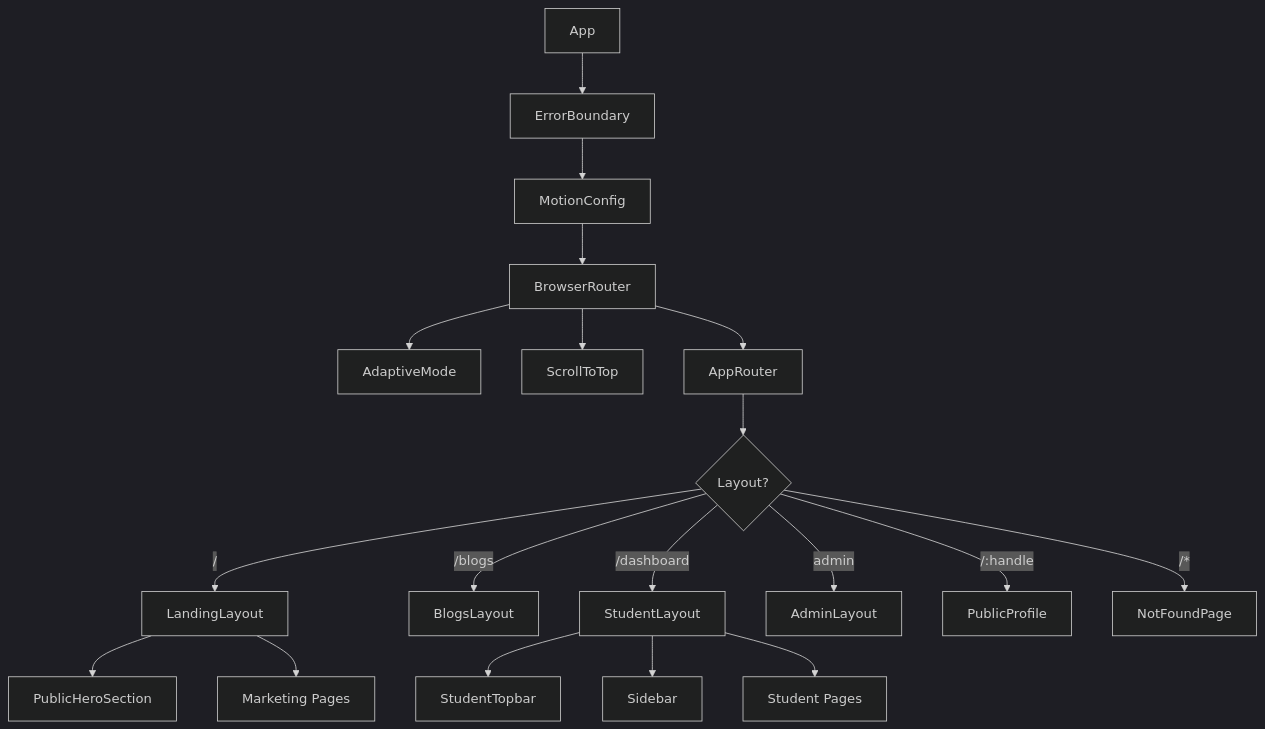
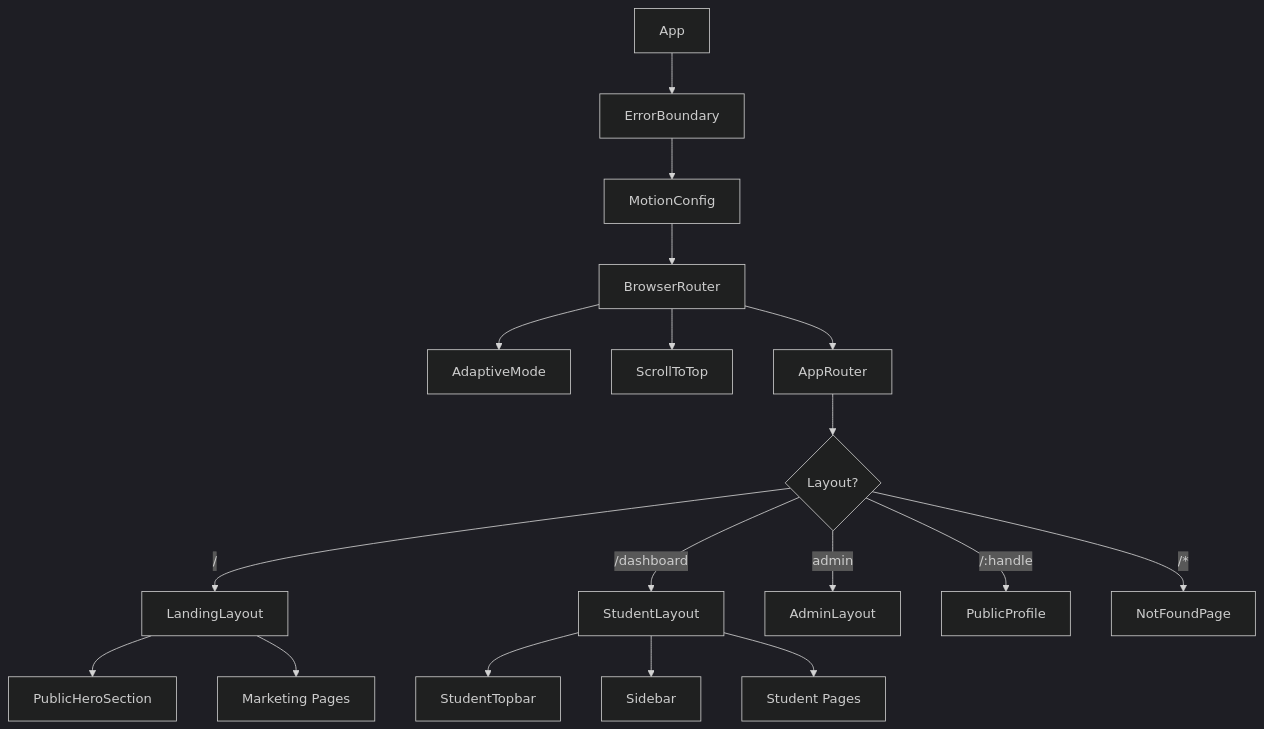
Before and after one commit to QYVORA/qyvora-frontend: the diagram in docs/COMPONENT_ARCHITECTURE.md, drawn with Mermaid (dark theme). The commit also changed other lines of this file and 46 other files, not shown here.

````diff
--- a/docs/COMPONENT_ARCHITECTURE.md
+++ b/docs/COMPONENT_ARCHITECTURE.md
@@ -38,21 +37,20 @@
 ```mermaid
 graph TD
     A[App] --> B[ErrorBoundary]
     B --> C[MotionConfig]
     C --> D[BrowserRouter]
     D --> E[AdaptiveMode]
     D --> F[ScrollToTop]
     D --> G[AppRouter]
     G --> H{Layout?}
     H -->|/| I[LandingLayout]
-    H -->|/blogs| J[BlogsLayout]
     H -->|/dashboard| K[StudentLayout]
     H -->|admin| L[AdminLayout]
     H -->|/:handle| M[PublicProfile]
     H -->|/*| N[NotFoundPage]
     I --> O[PublicHeroSection]
     I --> P[Marketing Pages]
     K --> Q[StudentTopbar]
     K --> R[Sidebar]
     K --> S[Student Pages]
 ```
````
